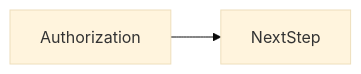
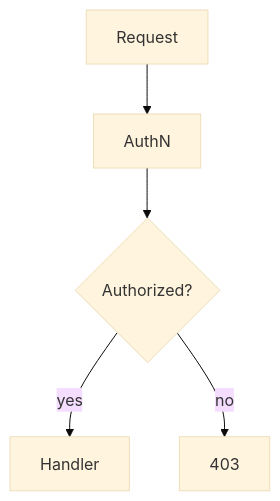
Before and after one commit to OmidJavaherii/Frontend-Engineering-Handbook: the second of 2 diagrams in docs/en/02-internet/authorization/index.md, drawn with Mermaid (base theme). The commit also changed other lines of this file and 461 other files, not shown here.

````diff
--- a/docs/en/02-internet/authorization/index.md
+++ b/docs/en/02-internet/authorization/index.md
@@ -96,4 +108,7 @@
 ```mermaid
-flowchart LR
-  concept[Authorization] --> nextStep[NextStep]
+flowchart TD
+  Req[Request] --> AuthN
+  AuthN --> Policy{Authorized?}
+  Policy -->|yes| Handler
+  Policy -->|no| Deny[403]
 ```
````
